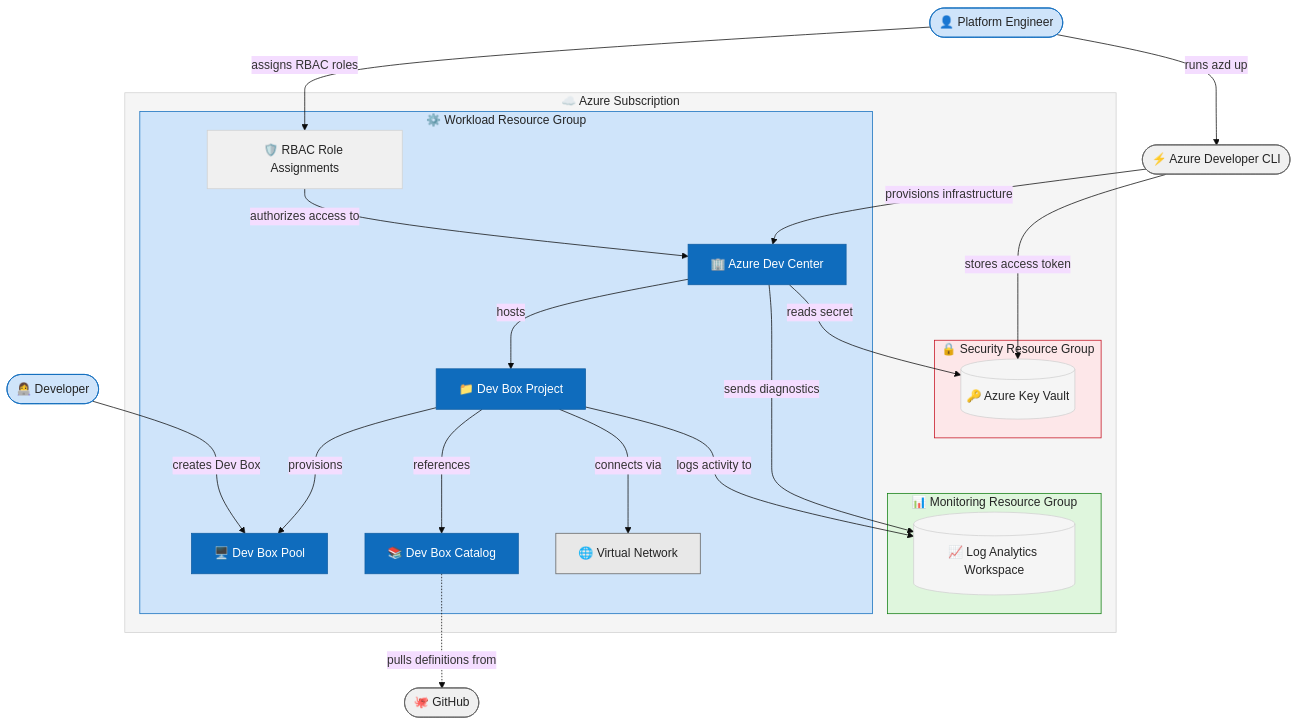
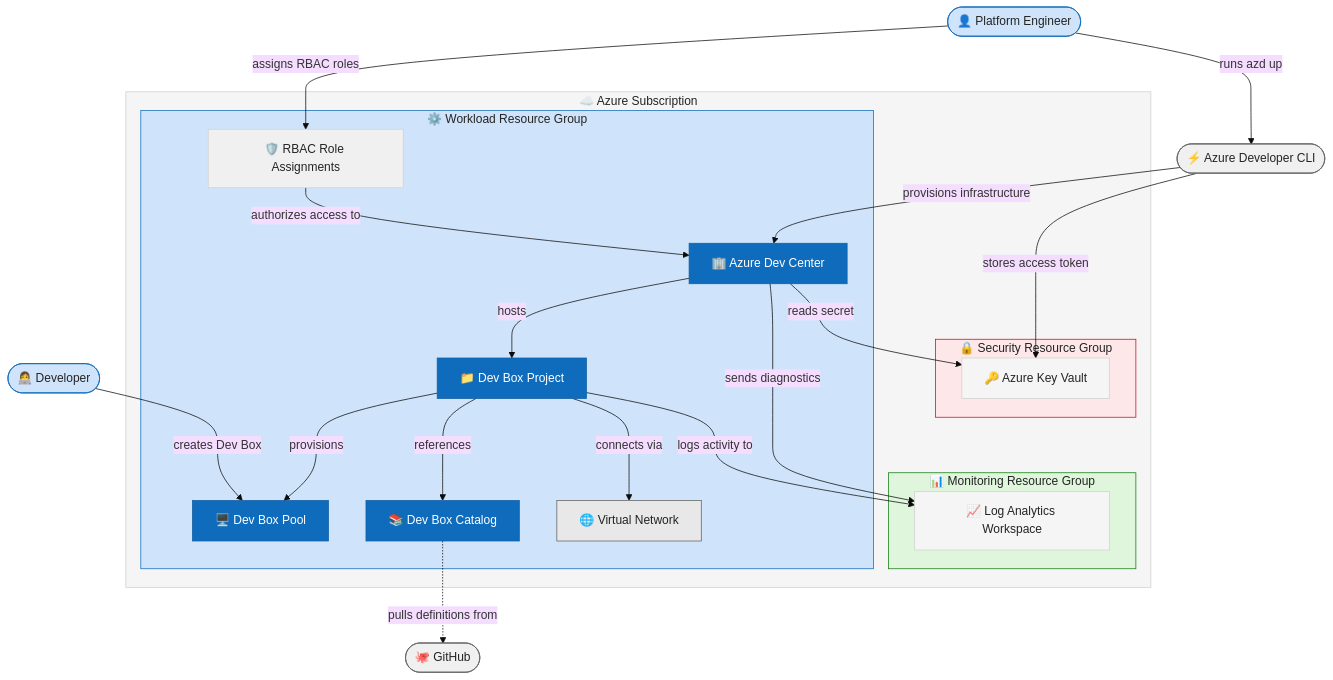
One commit to Evilazaro/DevExp-DevBox changed the diagram in README.md. Above: the diagram before and after it, drawn with Mermaid.

Commit message:
Update color definitions in README.md for improved consistency and clarity

````diff
--- a/README.md
+++ b/README.md
@@ -84,14 +84,15 @@
   fontSize: 16
   textColor: "#242424"
   primaryColor: "#f5f5f5"
-  primaryTextColor: "#FFFFFF"
-  primaryBorderColor: "#e0e0e0"
-  secondaryColor: "#d1d1d1"
+  primaryTextColor: "#242424"
+  primaryBorderColor: "#d1d1d1"
+  secondaryColor: "#e8e8e8"
   secondaryTextColor: "#242424"
   secondaryBorderColor: "#d1d1d1"
-  tertiaryColor: "#d1d1d1"
-  tertiaryTextColor: "#424242"
-  tertiaryBorderColor: "#bdbdbd"
+  tertiaryColor: "#f0f0f0"
+  tertiaryTextColor: "#242424"
+  tertiaryBorderColor: "#d1d1d1"
+  edgeLabelBackground: "#ffffff"
 ---
 flowchart TB
 
@@ -106,12 +107,12 @@
 
     %% Security layer
     subgraph SecurityLayer["🔒 Security Resource Group"]
-      KV[("🔑 Azure Key Vault")]
+      KV["🔑 Azure Key Vault"]
     end
 
     %% Monitoring layer
     subgraph MonitoringLayer["📊 Monitoring Resource Group"]
-      LA[("📈 Log Analytics Workspace")]
+      LA["📈 Log Analytics Workspace"]
     end
 
     %% Workload layer
@@ -143,17 +144,17 @@
   DEV -->|"creates Dev Box"| POOL
 
   %% ── Class definitions ────────────────────────────────────
-  %% colorBrandBackground2=#cfe4fa  colorBrandBackground=#0f6cbd  colorNeutralForeground1=#242424
+  %% actor: colorBrandBackground2=#cfe4fa  colorBrandBackground=#0f6cbd  colorNeutralForeground1=#242424
   classDef actor fill:#cfe4fa,stroke:#0f6cbd,color:#242424
-  %% colorNeutralBackground4=#f0f0f0  colorNeutralForeground3=#616161
+  %% external: colorNeutralBackground4=#f0f0f0  colorNeutralForeground3=#616161
   classDef external fill:#f0f0f0,stroke:#616161,color:#242424
-  %% colorBrandBackground=#0f6cbd  colorBrandBackgroundHover=#115ea3  colorNeutralForegroundInverted=#ffffff
+  %% component: colorBrandBackground=#0f6cbd  colorBrandBackgroundHover=#115ea3  colorNeutralForegroundInverted=#ffffff
   classDef component fill:#0f6cbd,stroke:#115ea3,color:#ffffff
-  %% colorNeutralBackground3=#f5f5f5  colorNeutralStroke1=#d1d1d1
+  %% datastore: colorNeutralBackground3=#f5f5f5  colorNeutralStroke1=#d1d1d1
   classDef datastore fill:#f5f5f5,stroke:#d1d1d1,color:#242424
-  %% colorNeutralBackground5=#e8e8e8  colorNeutralForeground3=#616161
+  %% network: colorNeutralBackground5=#e8e8e8  colorNeutralForeground3=#616161
   classDef network fill:#e8e8e8,stroke:#616161,color:#242424
-  %% colorNeutralBackground4=#f0f0f0  colorNeutralStroke1=#d1d1d1
+  %% rbac: colorNeutralBackground4=#f0f0f0  colorNeutralStroke1=#d1d1d1
   classDef rbac fill:#f0f0f0,stroke:#d1d1d1,color:#242424
 
   class PE,DEV actor
@@ -163,12 +164,9 @@
   class VNET network
   class RBAC rbac
 
-  %% colorNeutralBackground3=#f5f5f5  colorNeutralStroke1=#d1d1d1
+  %% subgraph fills: all Fluent UI v9 semantic tokens
   style AzureSub fill:#f5f5f5,stroke:#d1d1d1,color:#242424
-  %% colorPaletteRedBackground2=#fde7e9  colorPaletteRedForeground2=#c50f1f
   style SecurityLayer fill:#fde7e9,stroke:#c50f1f,color:#242424
-  %% colorPaletteGreenBackground2=#dff6dd  colorPaletteGreenForeground2=#107c10
   style MonitoringLayer fill:#dff6dd,stroke:#107c10,color:#242424
-  %% colorBrandBackground2=#cfe4fa  colorBrandBackground=#0f6cbd
   style WorkloadLayer fill:#cfe4fa,stroke:#0f6cbd,color:#242424
 ```
````
